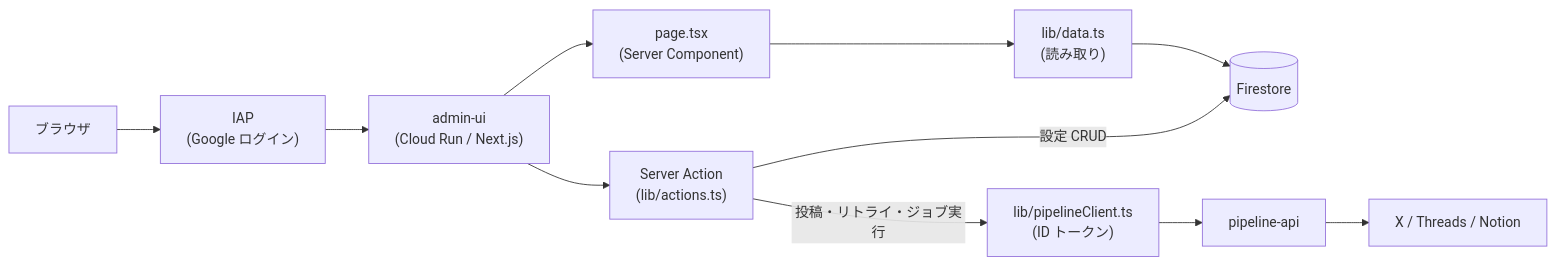
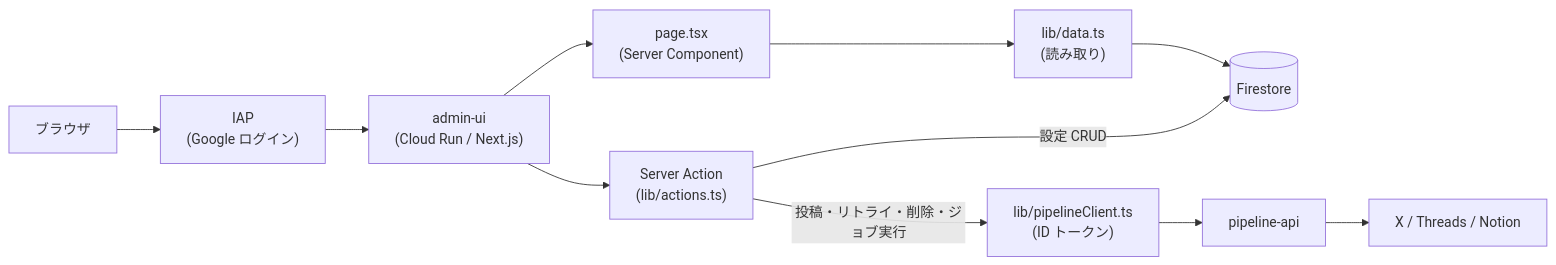
One commit to moc9058/trend-news-generator changed the diagram in docs/tech-report/05-detailed-design/07-admin-ui.md. Above: the diagram before and after it, drawn with Mermaid. The commit also changed other lines of this file and 90 other files, not shown here.

````diff
--- a/docs/tech-report/05-detailed-design/07-admin-ui.md
+++ b/docs/tech-report/05-detailed-design/07-admin-ui.md
@@ -45,13 +47,13 @@
 ```mermaid
 flowchart LR
     B["ブラウザ"] --> IAP["IAP<br/>(Google ログイン)"]
     IAP --> APP["admin-ui<br/>(Cloud Run / Next.js)"]
     APP --> PAGE["page.tsx<br/>(Server Component)"]
     APP --> SA["Server Action<br/>(lib/actions.ts)"]
     PAGE --> DATA["lib/data.ts<br/>(読み取り)"]
     DATA --> FS[("Firestore")]
     SA -->|"設定 CRUD"| FS
-    SA -->|"投稿・リトライ・ジョブ実行"| PC["lib/pipelineClient.ts<br/>(ID トークン)"]
+    SA -->|"投稿・リトライ・削除・ジョブ実行"| PC["lib/pipelineClient.ts<br/>(ID トークン)"]
     PC --> API["pipeline-api"]
     API --> SNS["X / Threads / Notion"]
 ```
````
